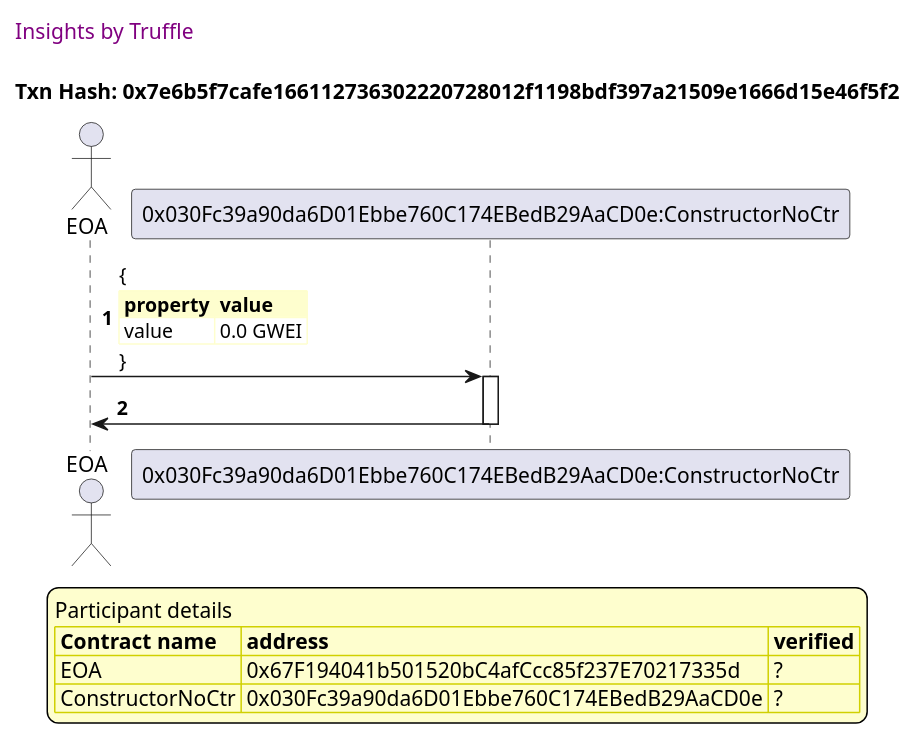
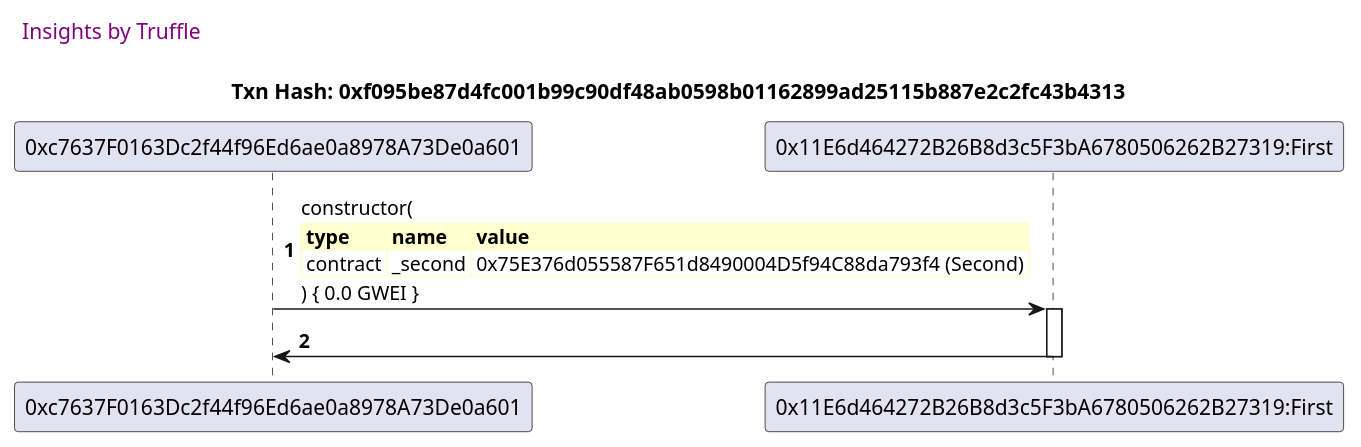
Before and after one commit to trufflesuite/txlog-seedlings: the fourth of 6 diagrams in truffle-seq/constructor.test.md, drawn with PlantUML. The commit also changed other lines of this file and 3 other files, not shown here.

````diff
--- a/truffle-seq/constructor.test.md
+++ b/truffle-seq/constructor.test.md
@@ -13,45 +122,30 @@
 ```plantuml
 
 
 @startuml
 
 autonumber
 skinparam legendBackgroundColor #FEFECE
 
 <style>
       header {
         HorizontalAlignment left
         FontColor purple
         FontSize 14
         Padding 10
       }
     </style>
 
 header Insights by Truffle
 
-title Txn Hash: 0x7e6b5f7cafe166112736302220728012f1198bdf397a21509e1666d15e46f5f2
+title Txn Hash: 0xf095be87d4fc001b99c90df48ab0598b01162899ad25115b887e2c2fc43b4313
 
 
-actor EOA as "EOA"
-
-participant ConstructorNoCtr as "0x030Fc39a90da6D01Ebbe760C174EBedB29AaCD0e:ConstructorNoCtr"
-
-"EOA" -> "ConstructorNoCtr" ++: {\n\
-<#FEFECE,#FEFECE>|= property |= value|\n\
-| value | 0.0 GWEI |\n\
-}
-
-"ConstructorNoCtr" -> "EOA" --: 
-
-
-
-legend
-Participant details
-<#FEFECE,#D0D000>|= Contract name |= address |= verified |
-<#FEFECE>| EOA | 0x67F194041b501520bC4afCcc85f237E70217335d | ? |
-<#FEFECE>| ConstructorNoCtr | 0x030Fc39a90da6D01Ebbe760C174EBedB29AaCD0e | ? |
-endlegend
-
+"0xc7637F0163Dc2f44f96Ed6ae0a8978A73De0a601" -> "0x11E6d464272B26B8d3c5F3bA6780506262B27319:First" ++: constructor(\n\
+<#FEFECE,#FEFECE>|= type |= name |= value |\n\
+| contract | _second | 0x75E376d055587F651d8490004D5f94C88da793f4 (Second) |\n\
+) { 0.0 GWEI }
+"0x11E6d464272B26B8d3c5F3bA6780506262B27319:First" -> "0xc7637F0163Dc2f44f96Ed6ae0a8978A73De0a601" --: 
 
 @enduml
 ```
````
